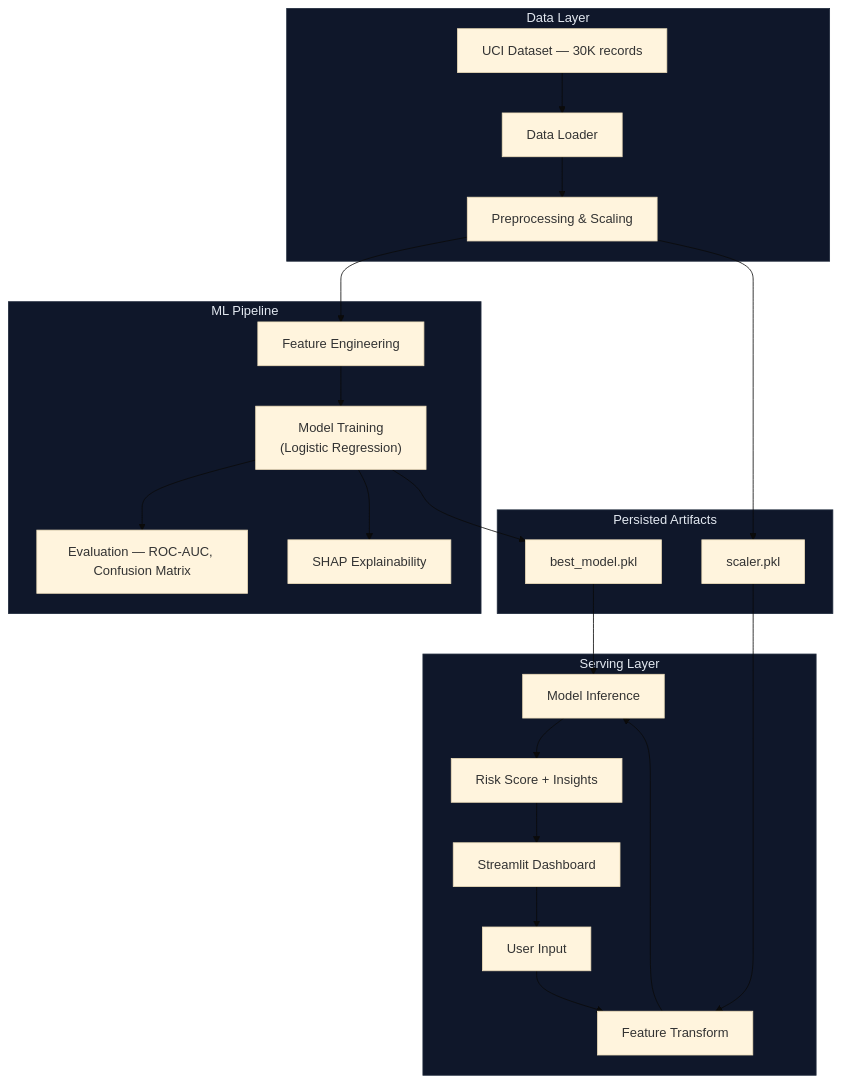
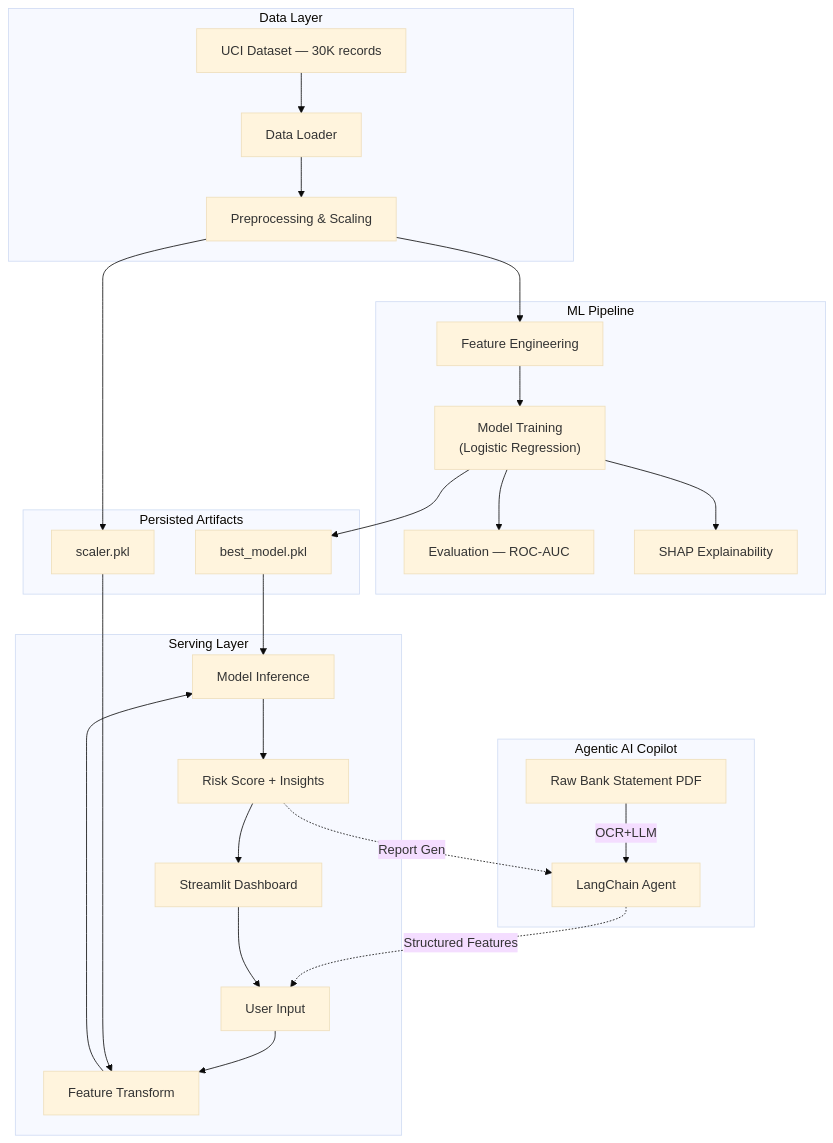
The diagram in README.md (SatyamKumarCS/Default-Credit-Card-Prediction), drawn with Mermaid (base theme) before and after one commit. The commit also changed other lines of this file, not shown here.

````diff
--- a/README.md
+++ b/README.md
@@ -65,34 +65,35 @@
 ```mermaid
 flowchart TB
     subgraph DATA["Data Layer"]
         A[UCI Dataset — 30K records] --> B[Data Loader]
         B --> C[Preprocessing & Scaling]
     end
 
     subgraph ML["ML Pipeline"]
         C --> D[Feature Engineering]
         D --> E["Model Training<br/>(Logistic Regression)"]
-        E --> F[Evaluation — ROC-AUC, Confusion Matrix]
+        E --> F[Evaluation — ROC-AUC]
         E --> G[SHAP Explainability]
     end
 
+    subgraph AGENT ["Agentic AI Copilot"]
+        RAW[Raw Bank Statement PDF] -->|OCR+LLM| Agent[LangChain Agent]
+    end
+
     subgraph SERVE["Serving Layer"]
+        Agent -.->|Structured Features| I
         H[Streamlit Dashboard] --> I[User Input]
         I --> J[Feature Transform]
         J --> K[Model Inference]
         K --> L[Risk Score + Insights]
         L --> H
+        L -.->|Report Gen| Agent
     end
 
     subgraph ARTIFACTS["Persisted Artifacts"]
         E --> M[best_model.pkl]
         C --> N[scaler.pkl]
         M --> K
         N --> J
     end
-
-    style DATA fill:#0f172a,stroke:#1e293b,color:#e2e8f0
-    style ML fill:#0f172a,stroke:#1e293b,color:#e2e8f0
-    style SERVE fill:#0f172a,stroke:#1e293b,color:#e2e8f0
-    style ARTIFACTS fill:#0f172a,stroke:#1e293b,color:#e2e8f0
 ```
````
